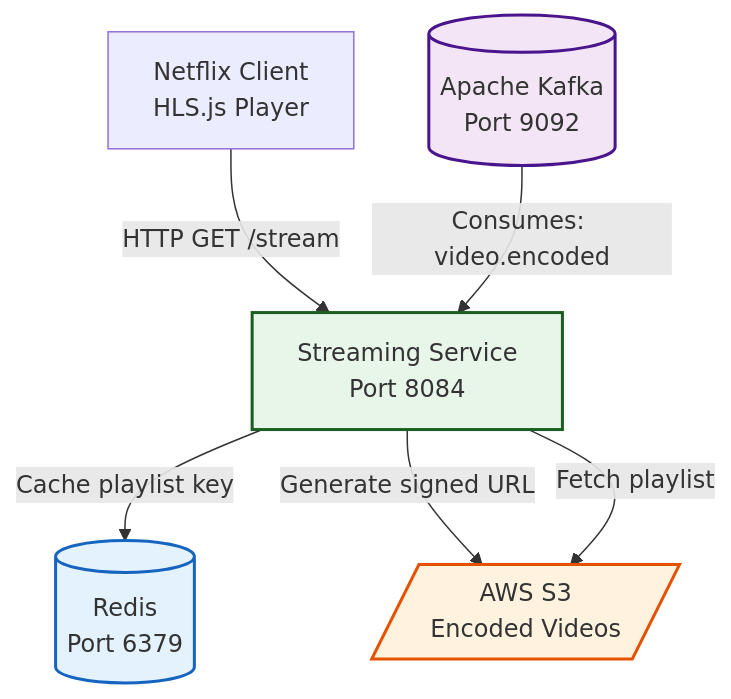
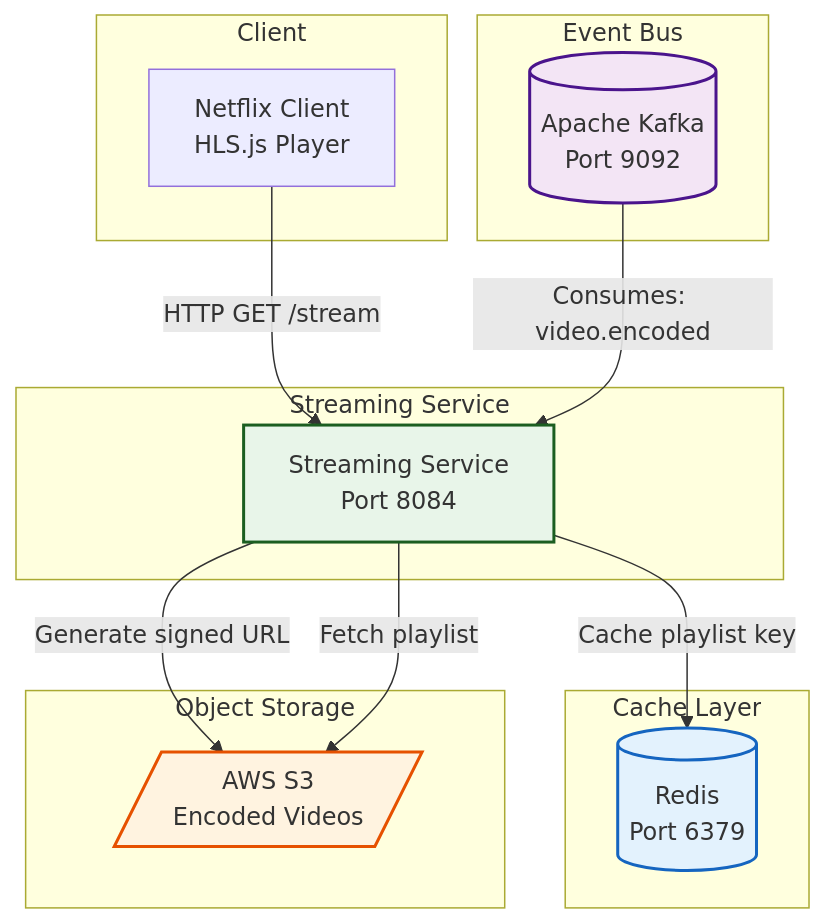
One commit to PagarciaSima/Netflix-Streaming-Spring-Boot-Micro-services changed the diagram in streaming-service/README.md. Above: the diagram before and after it, drawn with Mermaid. The commit also changed other lines of this file and 5 other files, not shown here.

````diff
--- a/streaming-service/README.md
+++ b/streaming-service/README.md
@@ -25,18 +25,38 @@
 ```mermaid
 graph TB
-    Client[Netflix Client<br/>HLS.js Player] -->|HTTP GET /stream| SS[Streaming Service<br/>Port 8084]
-    KAFKA[(Apache Kafka<br/>Port 9092)] -->|Consumes: video.encoded| SS
-    SS -->|Cache playlist key| REDIS[(Redis<br/>Port 6379)]
-    SS -->|Generate signed URL| S3[/AWS S3<br/>Encoded Videos/]
+    subgraph Client
+        NG[Netflix Client<br/>HLS.js Player]
+    end
+
+    subgraph Event_Bus[Event Bus]
+        KAFKA[(Apache Kafka<br/>Port 9092)]
+    end
+
+    subgraph Streaming_Service[Streaming Service]
+        SS[Streaming Service<br/>Port 8084]
+    end
+
+    subgraph Cache[Cache Layer]
+        REDIS[(Redis<br/>Port 6379)]
+    end
+
+    subgraph Storage[Object Storage]
+        S3[/AWS S3<br/>Encoded Videos/]
+    end
+
+    NG -->|HTTP GET /stream| SS
+    KAFKA -->|Consumes: video.encoded| SS
+    SS -->|Cache playlist key| REDIS
+    SS -->|Generate signed URL| S3
     SS -->|Fetch playlist| S3
-    
+
     classDef service fill:#e8f5e9,stroke:#1b5e20,stroke-width:2px
     classDef cache fill:#e3f2fd,stroke:#1565c0,stroke-width:2px
     classDef storage fill:#fff3e0,stroke:#e65100,stroke-width:2px
     classDef messaging fill:#f3e5f5,stroke:#4a148c,stroke-width:2px
-    
+
     class SS service
     class REDIS cache
     class S3 storage
     class KAFKA messaging
 ```
````
